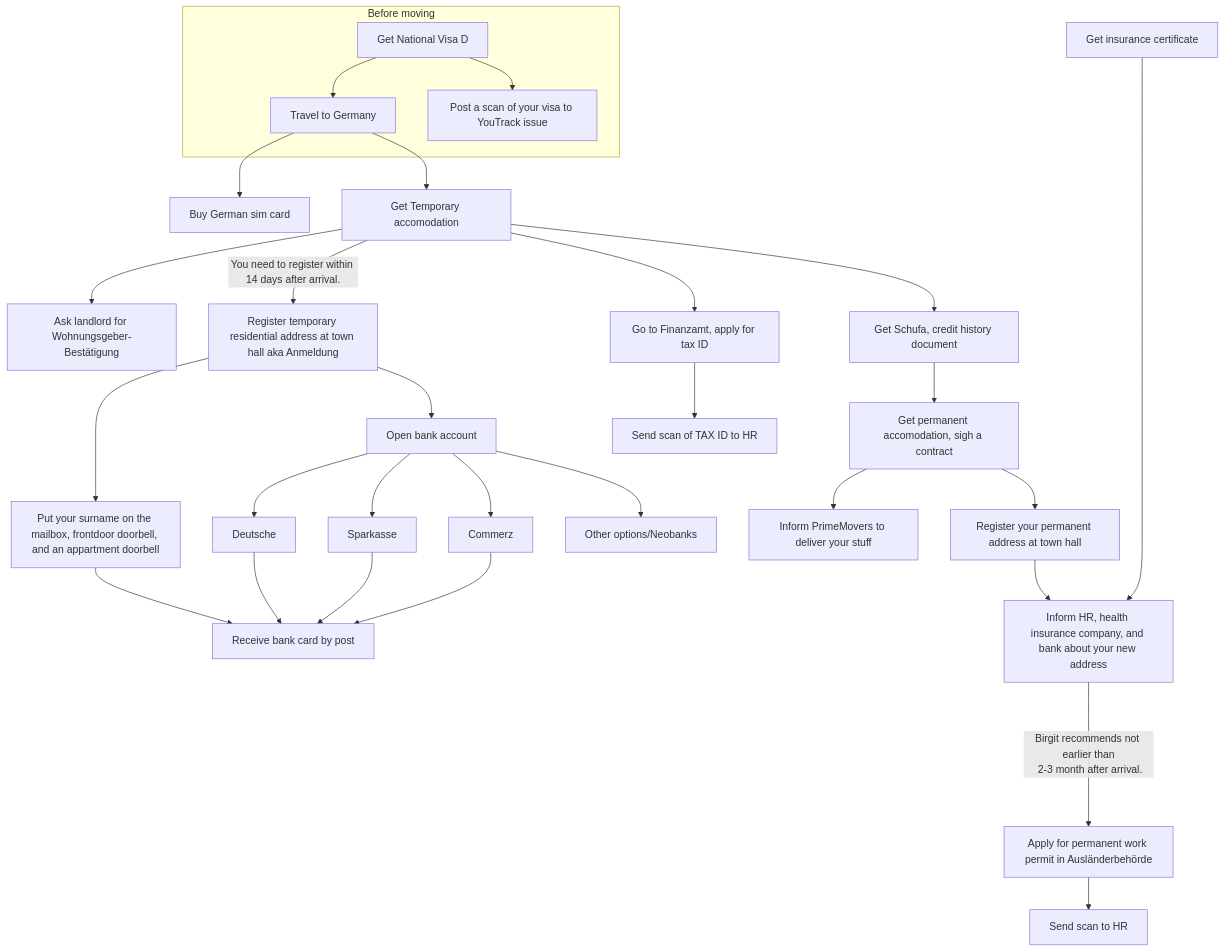
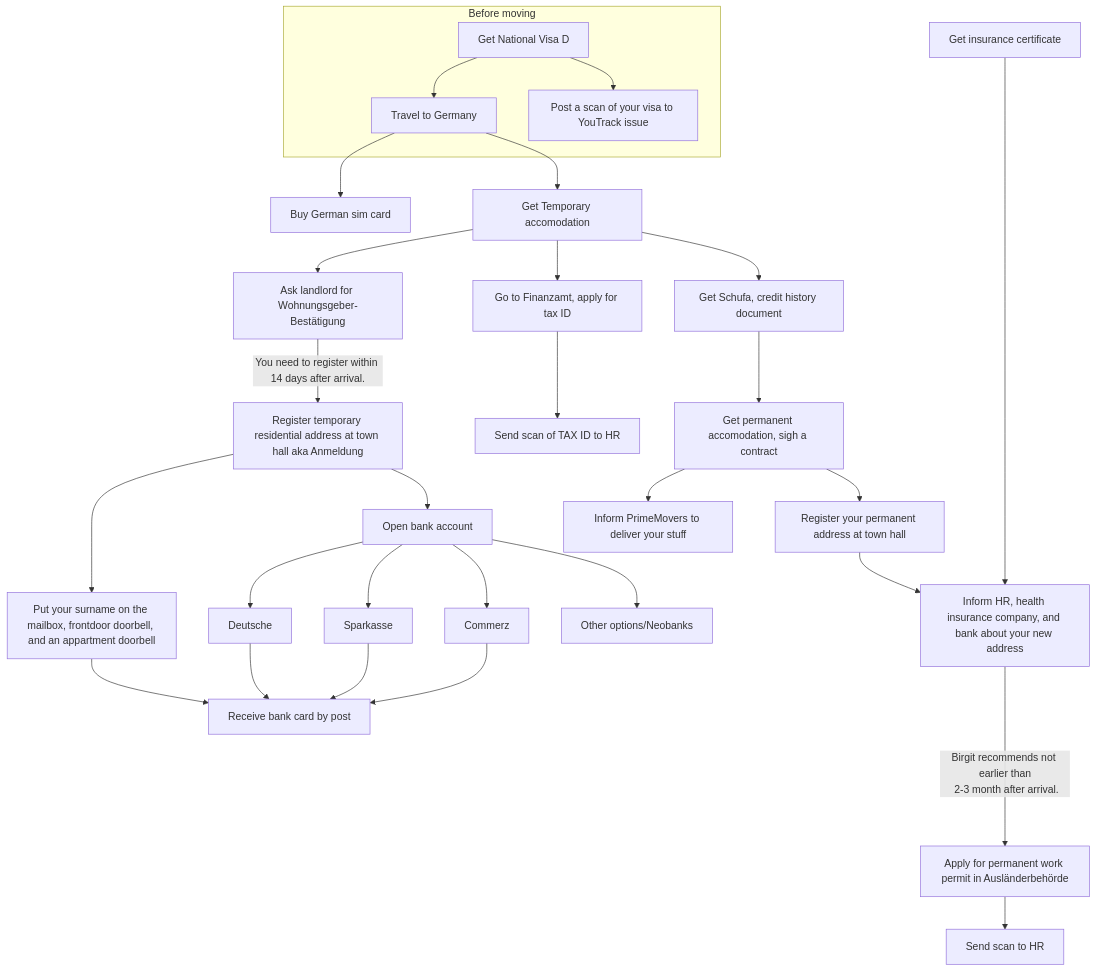
The diagram in sequence-of-steps.md (lananovikova10/howtoberlin), drawn with Mermaid before and after one commit.

Commit message:
add ask landlord for Wohnungsgeber-Bestätigung step

````diff
--- a/sequence-of-steps.md
+++ b/sequence-of-steps.md
@@ -3,29 +3,29 @@
 ```mermaid
 graph TB
     subgraph Before moving
     A[Get National Visa D] --> U[Travel to Germany]
     A --> R[Post a scan of your visa to YouTrack issue]
     end
     U --> P[Buy German sim card]
     U --> B[Get Temporary accomodation]
     B --> O[Ask landlord for Wohnungsgeber-Bestätigung]
     Q[Get insurance certificate] -------> L
-    B[Get Temporary accomodation] --> |You need to register within 14 days after arrival.| W[Register temporary residential address at town hall aka Anmeldung]
+    O --> |You need to register within 14 days after arrival.| W[Register temporary residential address at town hall aka Anmeldung]
     B --> G[Go to Finanzamt, apply for tax ID]
     W --> X[Put your surname on the mailbox, frontdoor doorbell, and an appartment doorbell]
     W --> C[Open bank account]
     C --> D[Deutsche]
     C --> E[Sparkasse]
     C --> F[Commerz]
     C --> V[Other options/Neobanks]
     D & E & F --> Y[Receive bank card by post]
     X --> Y
     G --> H[Send scan of TAX ID to HR]
     B --> Z[Get Schufa, credit history document] 
     Z --> J[Get permanent accomodation, sigh a contract]
     J --> I[Inform PrimeMovers to deliver your stuff]
     J --> K[Register your permanent address at town hall]
     K --> L[Inform HR, health insurance company, and bank about your new address]
     L ----> |Birgit recommends not earlier than<br/> 2-3 month after arrival.| M[Apply for permanent work permit in Ausländerbehörde]
     M --> N[Send scan to HR]
 ```
````
